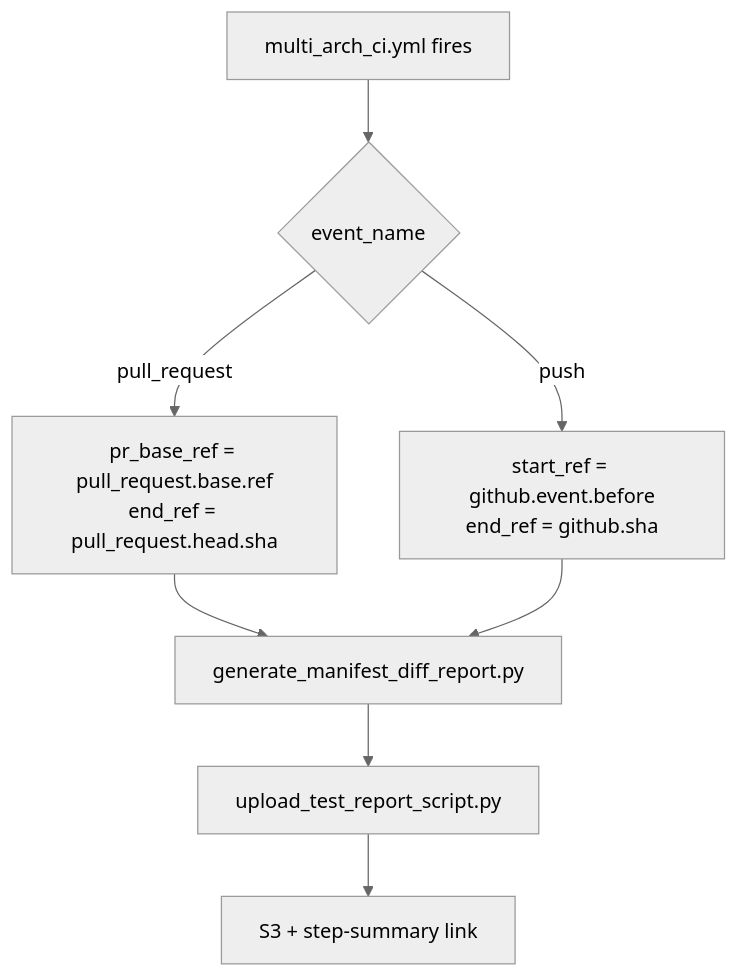
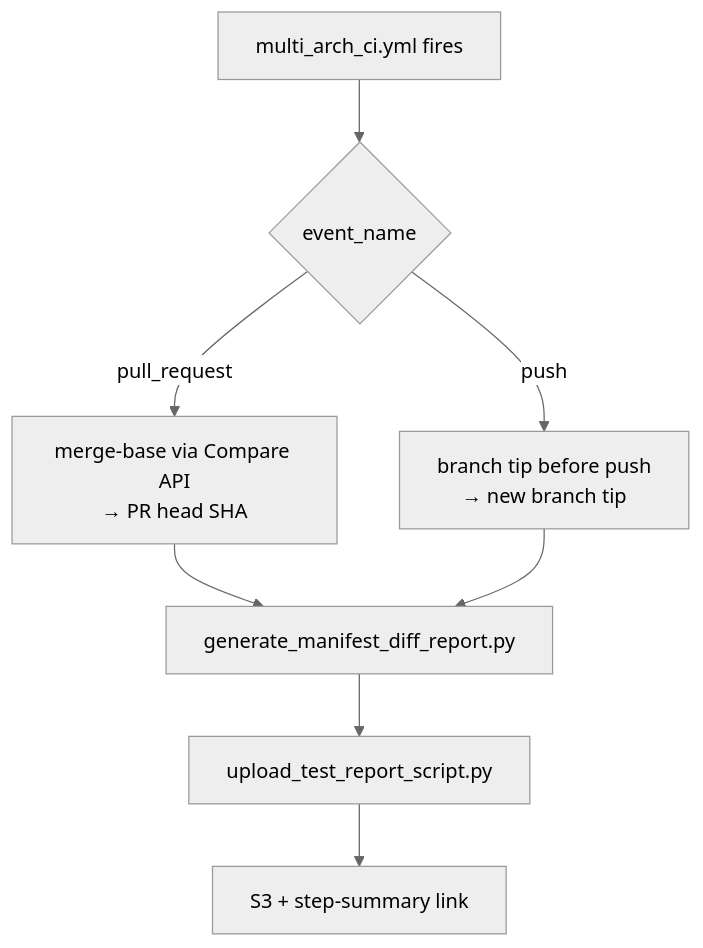
Before and after one commit to ROCm/TheRock: the diagram in docs/development/manifest_diff.md, drawn with Mermaid (neutral theme). The commit also changed other lines of this file and 3 other files, not shown here.

````diff
--- a/docs/development/manifest_diff.md
+++ b/docs/development/manifest_diff.md
@@ -15,10 +15,10 @@
 ```mermaid
 flowchart TD
     A[multi_arch_ci.yml fires] --> B{event_name}
-    B -- pull_request --> P[pr_base_ref = pull_request.base.ref<br/>end_ref = pull_request.head.sha]
-    B -- push --> U[start_ref = github.event.before<br/>end_ref = github.sha]
+    B -- pull_request --> P[merge-base via Compare API<br/>→ PR head SHA]
+    B -- push --> U[branch tip before push<br/>→ new branch tip]
     P --> G[generate_manifest_diff_report.py]
     U --> G
     G --> O[upload_test_report_script.py]
     O --> H[S3 + step-summary link]
 ```
````
